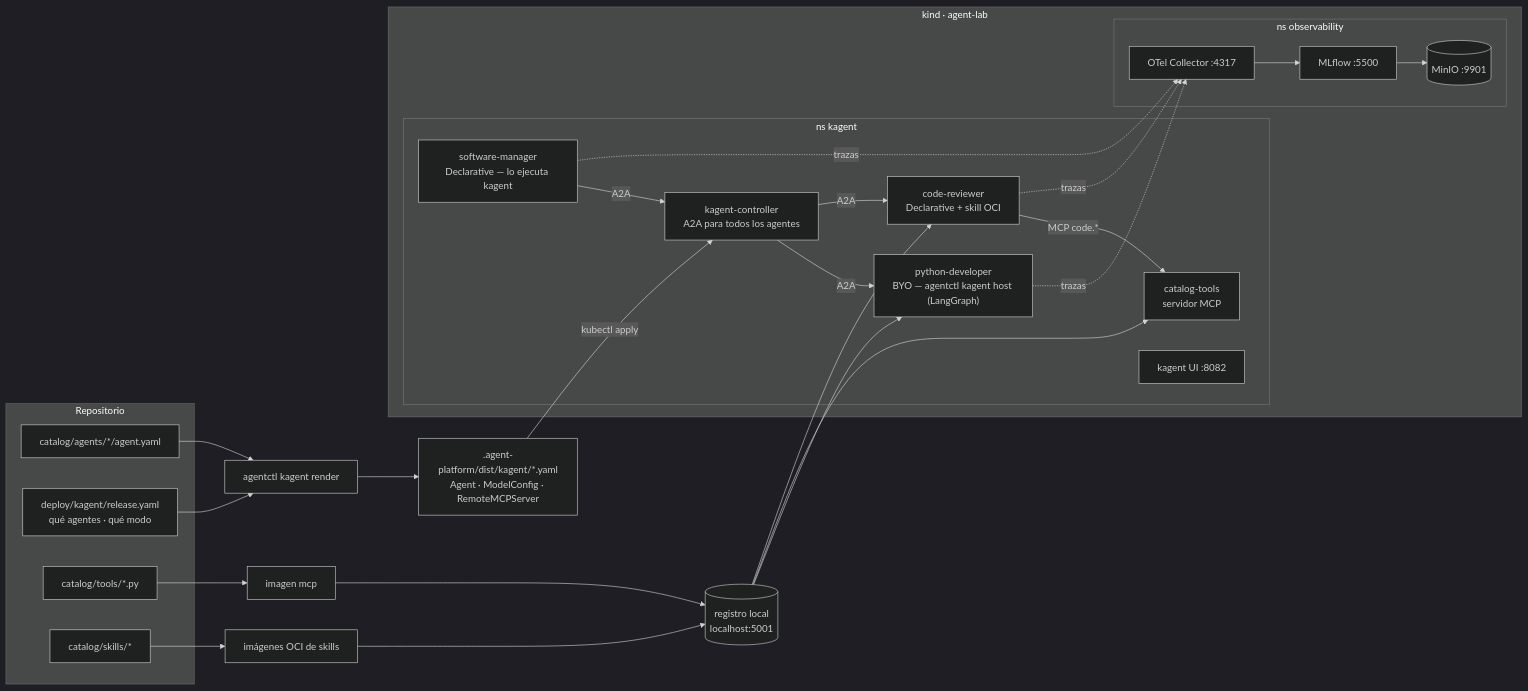
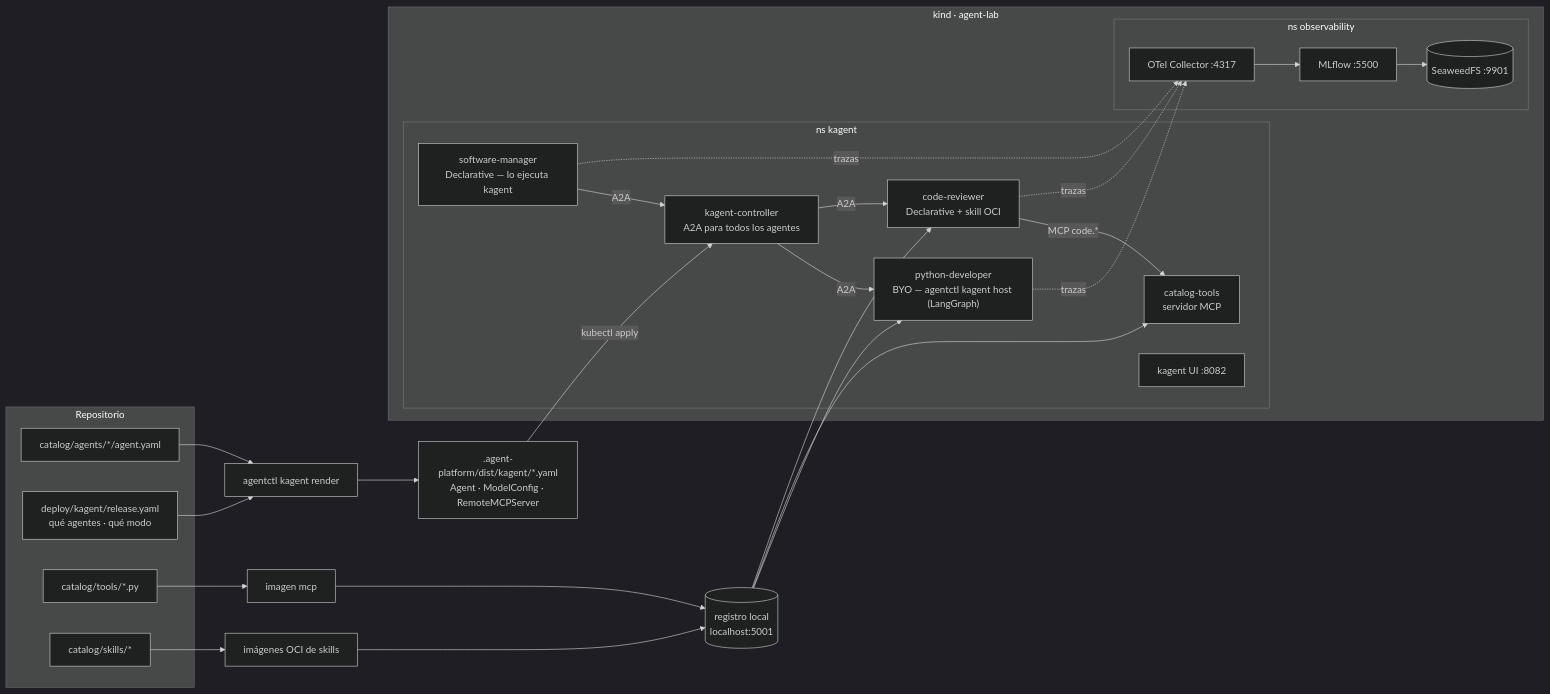
Before and after one commit to teo-devops/agent-platform: the seventh of 8 diagrams in README.md, drawn with Mermaid (dark theme). The commit also changed other lines of this file and 10 other files, not shown here.

First line of the commit message:
observability: SeaweedFS sustituye a MinIO como almacén S3 de MLflow (#1)

````diff
--- a/README.md
+++ b/README.md
@@ -262,40 +262,40 @@
 ```mermaid
 flowchart LR
     subgraph REPO["Repositorio"]
         AY["catalog/agents/*/agent.yaml"]
         REL["deploy/kagent/release.yaml<br/>qué agentes · qué modo"]
         TOOLS["catalog/tools/*.py"]
         SKL["catalog/skills/*"]
     end
 
     AY & REL --> RENDER["agentctl kagent render"]
     RENDER --> DIST[".agent-platform/dist/kagent/*.yaml<br/>Agent · ModelConfig · RemoteMCPServer"]
 
     TOOLS --> IMG_MCP["imagen mcp"]
     SKL --> IMG_SK["imágenes OCI de skills"]
     IMG_MCP & IMG_SK --> REG[("registro local<br/>localhost:5001")]
 
     subgraph KIND["kind · agent-lab"]
         subgraph NS_K["ns kagent"]
             CTRL["kagent-controller<br/>A2A para todos los agentes"]
             SMP["software-manager<br/>Declarative — lo ejecuta kagent"]
             CRP["code-reviewer<br/>Declarative + skill OCI"]
             PDP["python-developer<br/>BYO — agentctl kagent host (LangGraph)"]
             MCPS["catalog-tools<br/>servidor MCP"]
             UI["kagent UI :8082"]
         end
         subgraph NS_O["ns observability"]
             OTEL["OTel Collector :4317"]
             MLS["MLflow :5500"]
-            MINIO[("MinIO :9901")]
+            SEAWEED[("SeaweedFS :9901")]
         end
     end
 
     DIST -->|kubectl apply| CTRL
     REG --> PDP & MCPS & CRP
     SMP -->|A2A| CTRL
     CTRL -->|A2A| PDP & CRP
     CRP -->|MCP code.*| MCPS
     SMP & CRP & PDP -. trazas .-> OTEL
-    OTEL --> MLS --> MINIO
+    OTEL --> MLS --> SEAWEED
 ```
````
